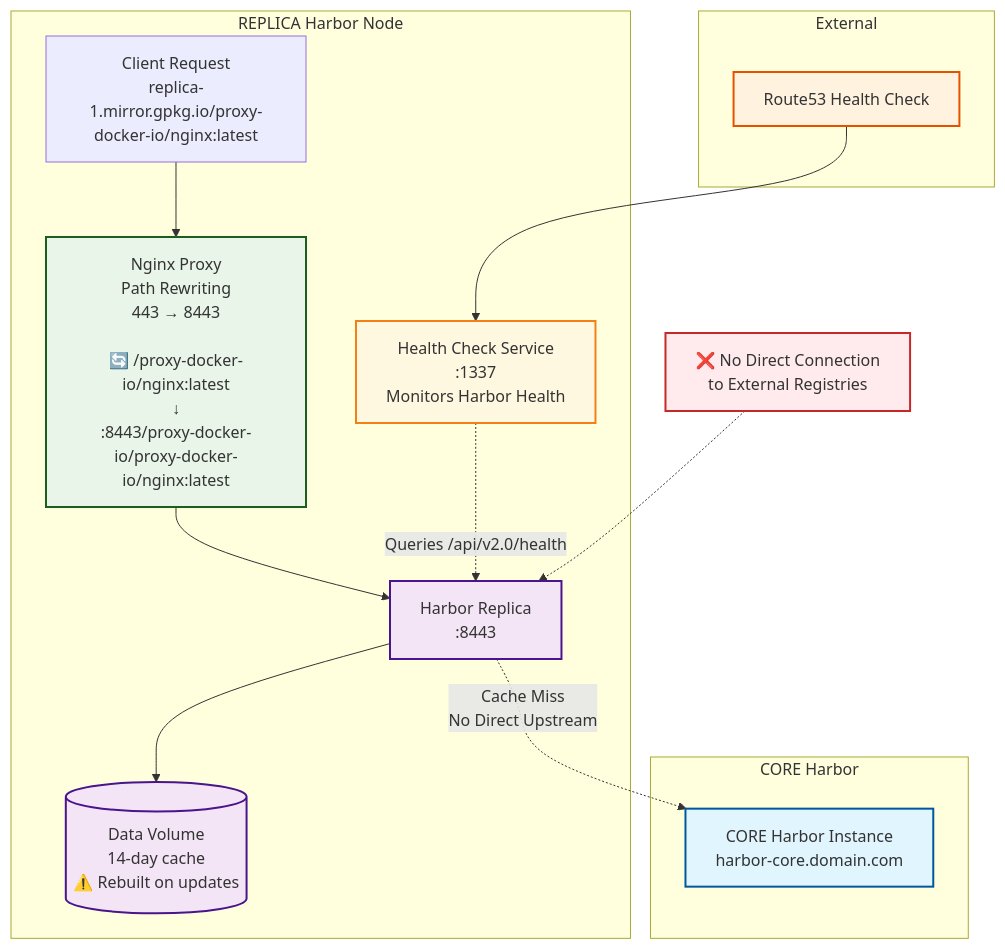
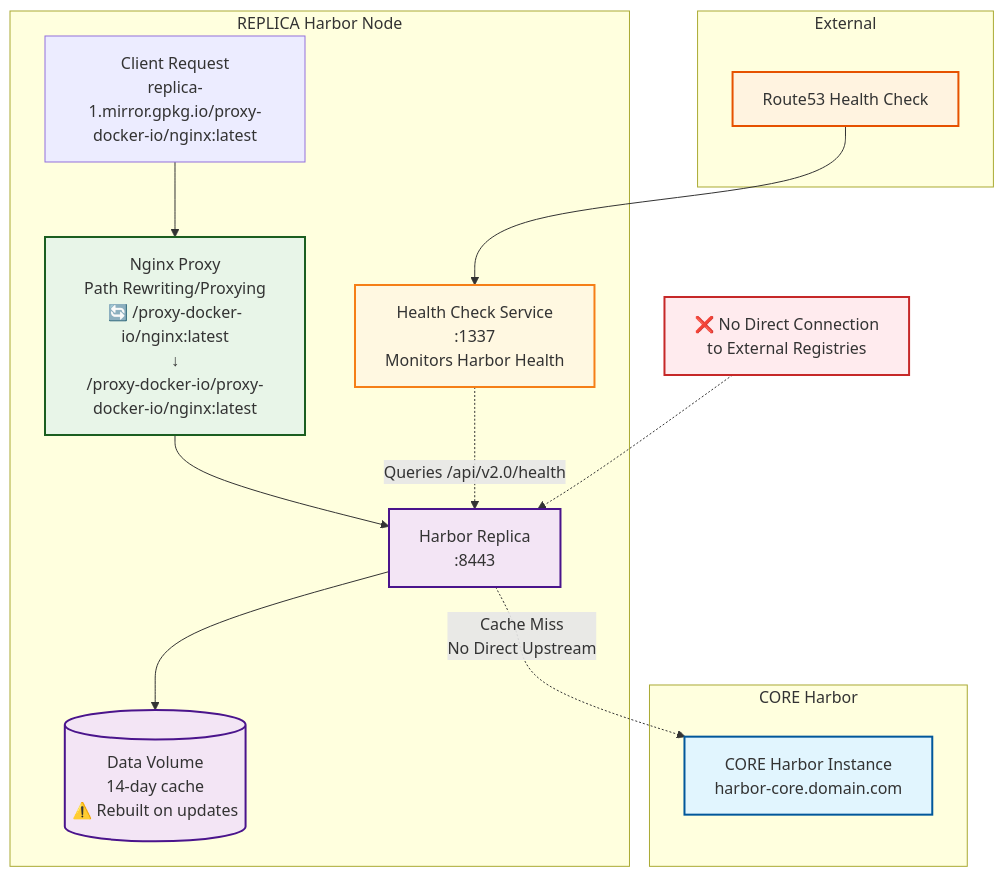
Before and after one commit to GlueOps/aio-harbor-registry-cache: the third of 3 diagrams in README.md, drawn with Mermaid. The commit also changed other lines of this file, not shown here.

````diff
--- a/README.md
+++ b/README.md
@@ -107,44 +107,44 @@
 ```mermaid
 graph TB
     subgraph "CORE Harbor"
         CoreHarbor[CORE Harbor Instance<br/>harbor-core.domain.com]
     end
     
     subgraph "External"
         Route53[Route53 Health Check]
     end
     
     subgraph "REPLICA Harbor Node"
         Client[Client Request<br/>replica-1.mirror.gpkg.io/proxy-docker-io/nginx:latest]
-        Nginx[Nginx Proxy<br/>Path Rewriting<br/>443 → 8443<br/><br/>🔄 /proxy-docker-io/nginx:latest<br/>↓<br/>:8443/proxy-docker-io/proxy-docker-io/nginx:latest]
+        Nginx[Nginx Proxy<br/>Path Rewriting/Proxying<br/>🔄 /proxy-docker-io/nginx:latest<br/>↓<br/>/proxy-docker-io/proxy-docker-io/nginx:latest]
         Harbor[Harbor Replica<br/>:8443]
         HealthCheck[Health Check Service<br/>:1337<br/>Monitors Harbor Health]
         Storage[(Data Volume<br/>14-day cache<br/>⚠️ Rebuilt on updates)]
     end
     
     Client --> Nginx
     Nginx --> Harbor
     Harbor --> Storage
     Route53 --> HealthCheck
     HealthCheck -.->|Queries /api/v2.0/health| Harbor
     Harbor -.->|Cache Miss<br/>No Direct Upstream| CoreHarbor
     
     note1[❌ No Direct Connection<br/>to External Registries]
     note1 -.-> Harbor
     
     classDef core fill:#e1f5fe,stroke:#01579b,stroke-width:2px
     classDef proxy fill:#e8f5e8,stroke:#1b5e20,stroke-width:2px
     classDef replica fill:#f3e5f5,stroke:#4a148c,stroke-width:2px
     classDef storage fill:#f3e5f5,stroke:#4a148c,stroke-width:2px
     classDef warning fill:#ffebee,stroke:#c62828,stroke-width:2px
     classDef health fill:#fff8e1,stroke:#f57f17,stroke-width:2px
     classDef external fill:#fff3e0,stroke:#e65100,stroke-width:2px
     
     class CoreHarbor core
     class Nginx proxy
     class Harbor replica
     class Storage storage
     class note1 warning
     class HealthCheck health
     class Route53 external
 ```
````
